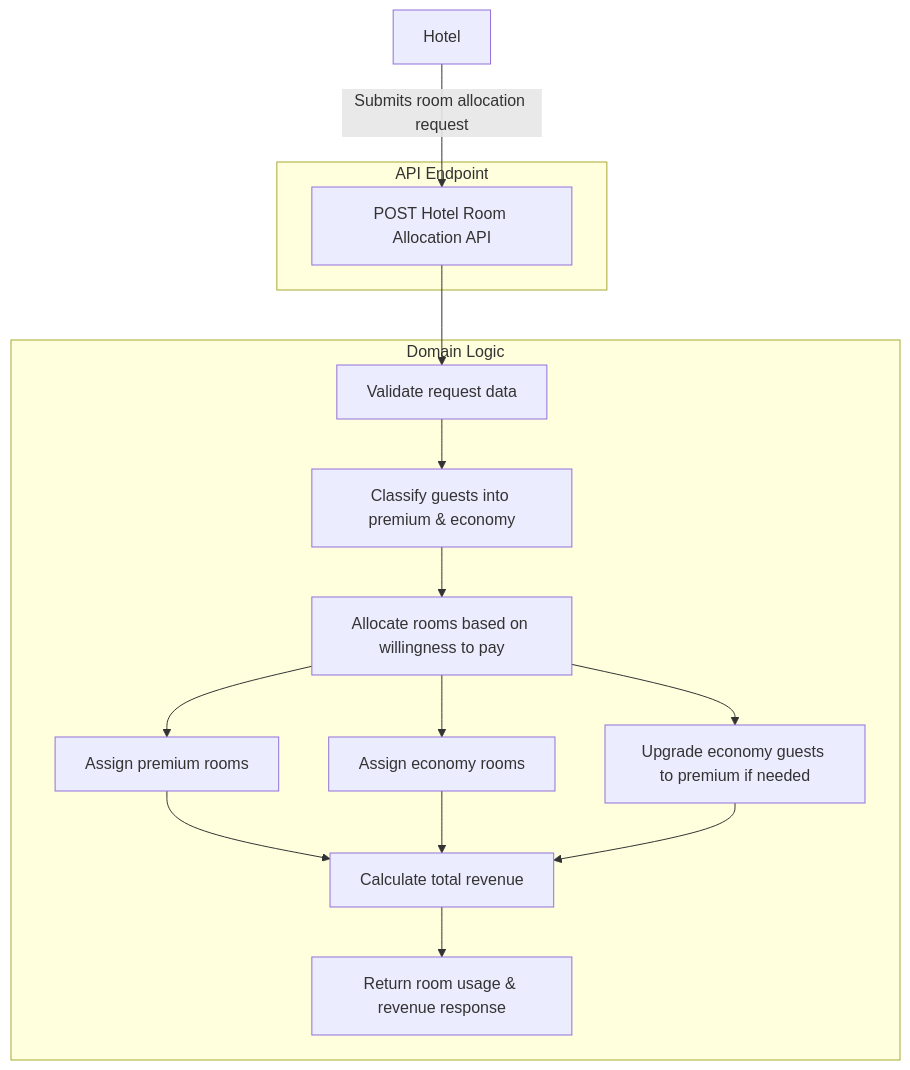
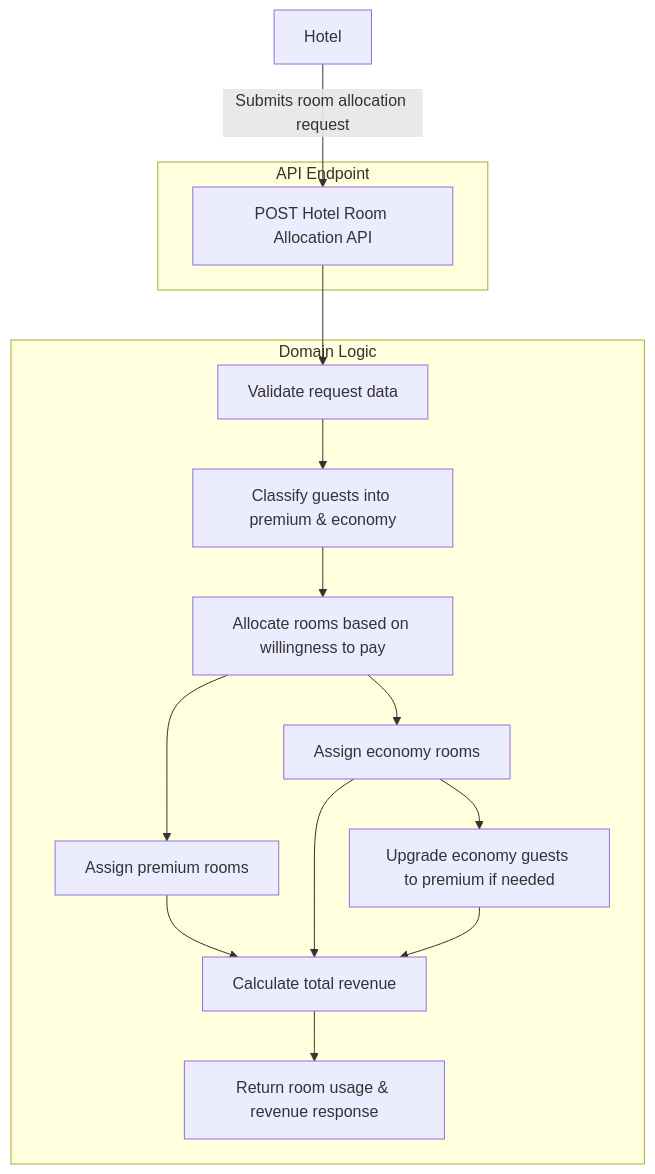
One commit to egnbjork/HotelRoomAllocation changed the diagram in docs/use_case_diagram.mmd. Above: the diagram before and after it, drawn with Mermaid. The commit also changed 4 other files, not shown here.

Commit message:
use case diagram updated add class diagram

```diff
--- a/docs/use_case_diagram.mmd
+++ b/docs/use_case_diagram.mmd
@@ -1,37 +1,37 @@
 %% Mermaid Use Case Diagram
 %% Actor and use cases for the Hotel Room Allocation API
 
 %% Required directive
 %%{ init: { "theme": "default" } }%%
 
 %% Define diagram type
 %% Note: Mermaid does not have native 'usecase' support, so we simulate it with graph
 
 graph TD
 
     A[Hotel] -->|Submits room allocation request| UC1[POST Hotel Room Allocation API]
     UC1 --> UC2[Validate request data]
     UC2 --> UC3[Classify guests into premium & economy]
     UC3 --> UC4[Allocate rooms based on willingness to pay]
     UC4 --> UC5[Assign premium rooms]
     UC4 --> UC6[Assign economy rooms]
-    UC4 --> UC7[Upgrade economy guests to premium if needed]
+    UC6 --> UC7[Upgrade economy guests to premium if needed]
     UC5 --> UC8[Calculate total revenue]
     UC6 --> UC8[Calculate total revenue]
     UC7 --> UC8[Calculate total revenue]
     UC8 --> UC9[Return room usage & revenue response]
 
     subgraph API Endpoint
       UC1
     end
 
     subgraph Domain Logic
       UC2
       UC3
       UC4
       UC5
       UC6
       UC7
       UC8
       UC9
     end
```
